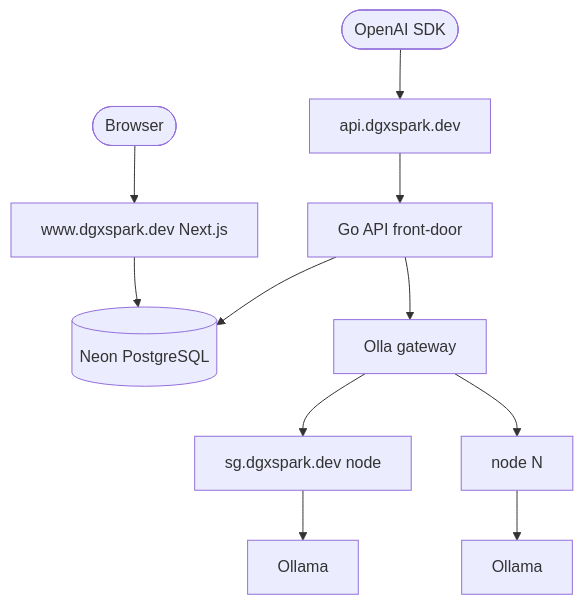
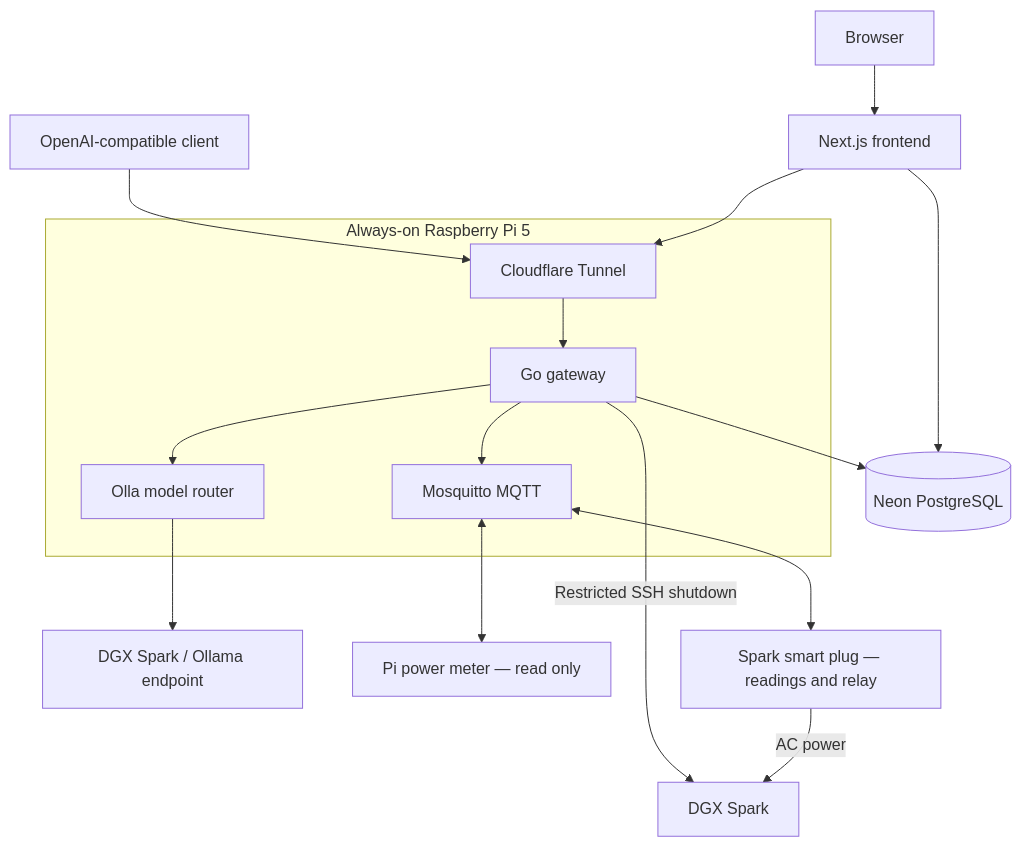
Before and after one commit to Haoming9527/DGX-Spark-Platform: the diagram in README.md, drawn with Mermaid. The commit also changed other lines of this file, not shown here.

````diff
--- a/README.md
+++ b/README.md
@@ -25,13 +22,20 @@
 ```mermaid
-graph TD
-    Browser([Browser]) --> WWW[www.dgxspark.dev Next.js]
-    Client([OpenAI SDK]) --> API[api.dgxspark.dev]
-    WWW --> Neon[(Neon PostgreSQL)]
-    API --> FrontDoor[Go API front-door]
-    FrontDoor --> Neon
-    FrontDoor --> Olla[Olla gateway]
-    Olla --> SG[sg.dgxspark.dev node]
-    Olla --> N[node N]
-    SG --> Ollama[Ollama]
-    N --> OllamaN[Ollama]
+flowchart TD
+    Browser[Browser] --> Web[Next.js frontend]
+    Client[OpenAI-compatible client] --> Tunnel[Cloudflare Tunnel]
+    Web --> Tunnel
+    Web --> DB[(Neon PostgreSQL)]
+
+    subgraph Pi[Always-on Raspberry Pi 5]
+        Tunnel --> Gateway[Go gateway]
+        Gateway --> Olla[Olla model router]
+        Gateway --> MQTT[Mosquitto MQTT]
+    end
+
+    Gateway --> DB
+    Olla --> Inference[DGX Spark / Ollama endpoint]
+    Gateway -->|Restricted SSH shutdown| Spark[DGX Spark]
+    MQTT <--> PiMeter[Pi power meter — read only]
+    MQTT <--> SparkPlug[Spark smart plug — readings and relay]
+    SparkPlug -->|AC power| Spark
 ```
````
